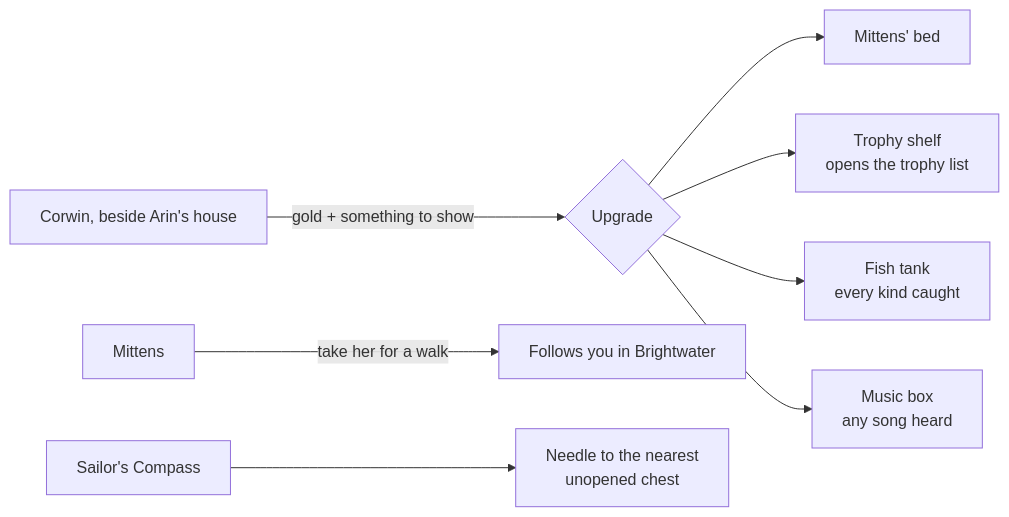
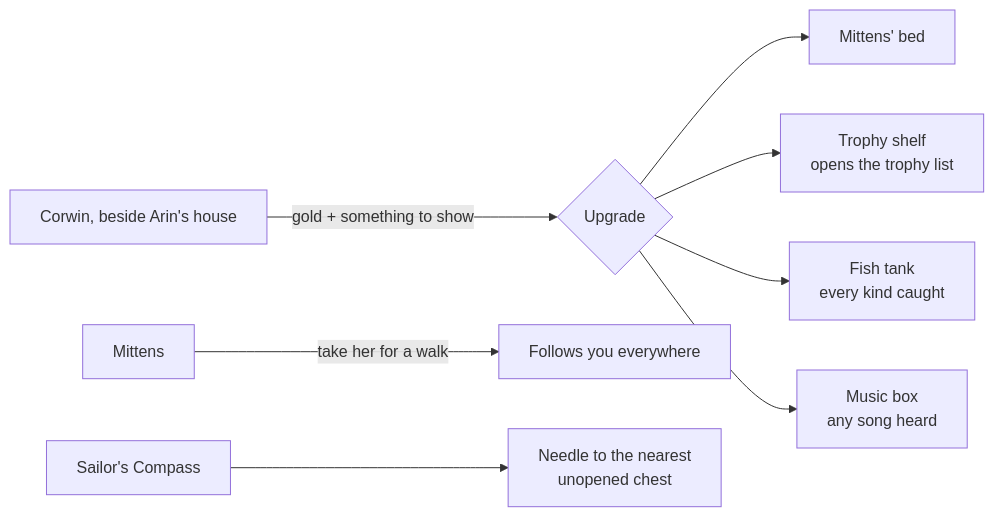
Before and after one commit to CptNope/Laternfall: the tenth of 13 diagrams in ROADMAP.md, drawn with Mermaid. The commit also changed other lines of this file and 12 other files, not shown here.

First line of the commit message:
Mittens follows you everywhere

````diff
--- a/ROADMAP.md
+++ b/ROADMAP.md
@@ -368,10 +368,10 @@
 ```mermaid
 flowchart LR
     T[Corwin, beside Arin's house] -->|gold + something to show| U{Upgrade}
     U --> B[Mittens' bed]
     U --> S[Trophy shelf<br/>opens the trophy list]
     U --> Q[Fish tank<br/>every kind caught]
     U --> J[Music box<br/>any song heard]
-    M[Mittens] -->|take her for a walk| F[Follows you in Brightwater]
+    M[Mittens] -->|take her for a walk| F[Follows you everywhere]
     C[Sailor's Compass] --> N[Needle to the nearest<br/>unopened chest]
 ```
````
